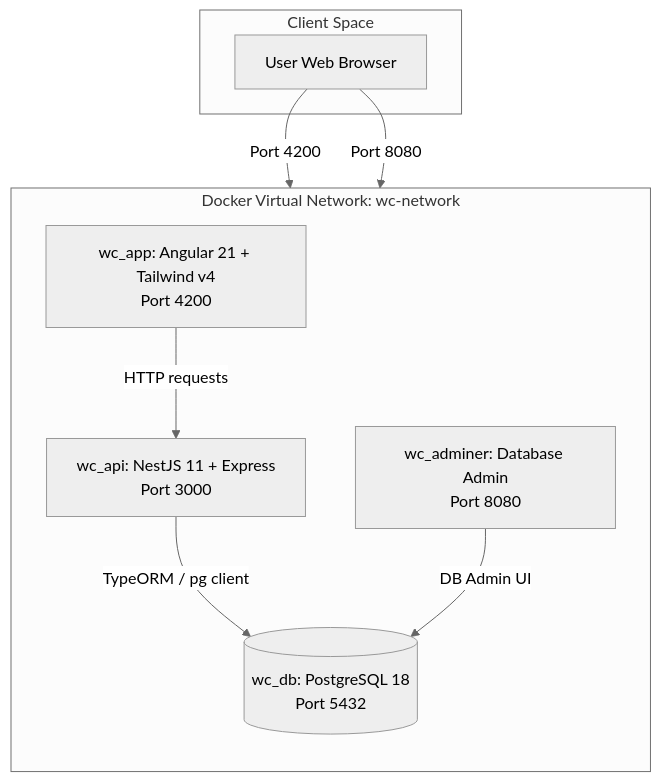
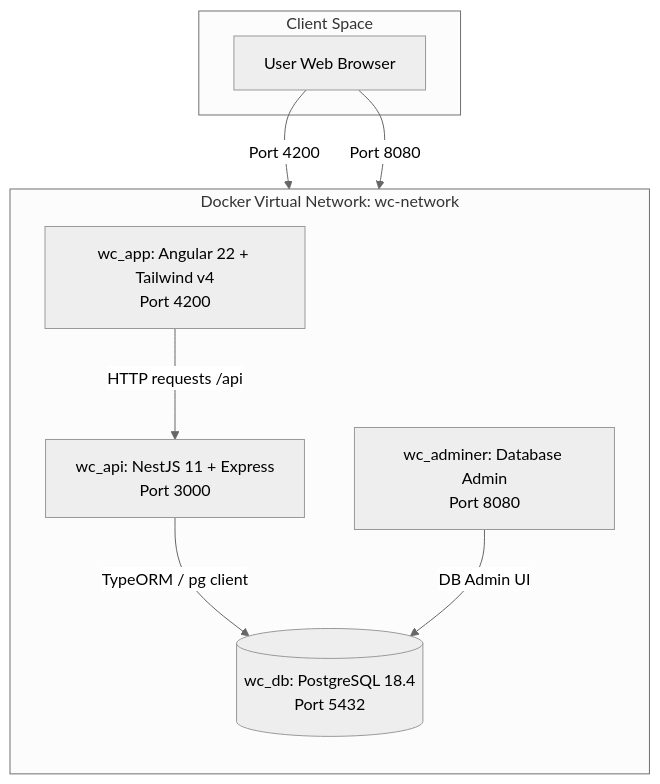
The diagram in README.md (amjadabdulmanaf/bb-contest), drawn with Mermaid (neutral theme) before and after one commit. The commit also changed other lines of this file and 10 other files, not shown here.

````diff
--- a/README.md
+++ b/README.md
@@ -11,20 +11,20 @@
 ```mermaid
 graph TD
     subgraph Client Space
         Browser[User Web Browser]
     end
 
     subgraph Docker Virtual Network: wc-network
         direction TB
-        App[wc_app: Angular 21 + Tailwind v4<br/>Port 4200]
+        App[wc_app: Angular 22 + Tailwind v4<br/>Port 4200]
         API[wc_api: NestJS 11 + Express<br/>Port 3000]
-        DB[(wc_db: PostgreSQL 18<br/>Port 5432)]
+        DB[(wc_db: PostgreSQL 18.4<br/>Port 5432)]
         Adminer[wc_adminer: Database Admin<br/>Port 8080]
     end
 
     Browser -->|Port 4200| App
     Browser -->|Port 8080| Adminer
-    App -->|HTTP requests| API
+    App -->|HTTP requests /api| API
     API -->|TypeORM / pg client| DB
     Adminer -->|DB Admin UI| DB
 ```
````
